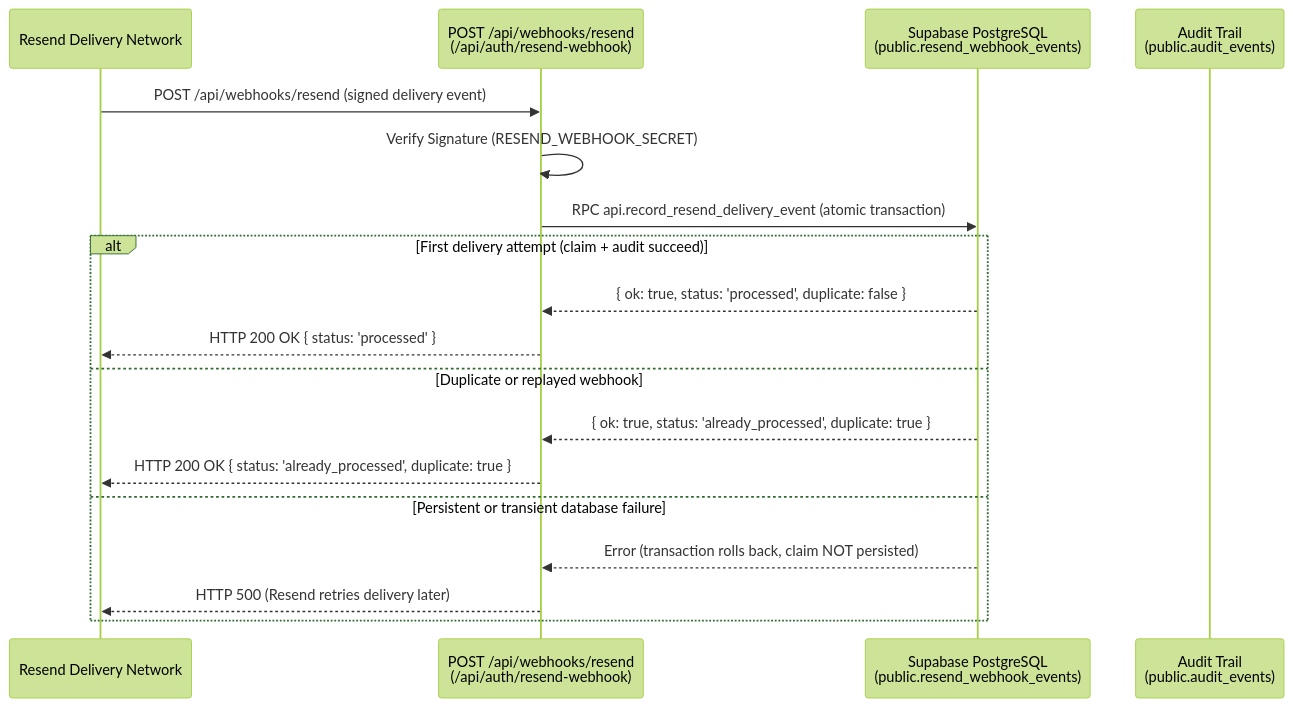
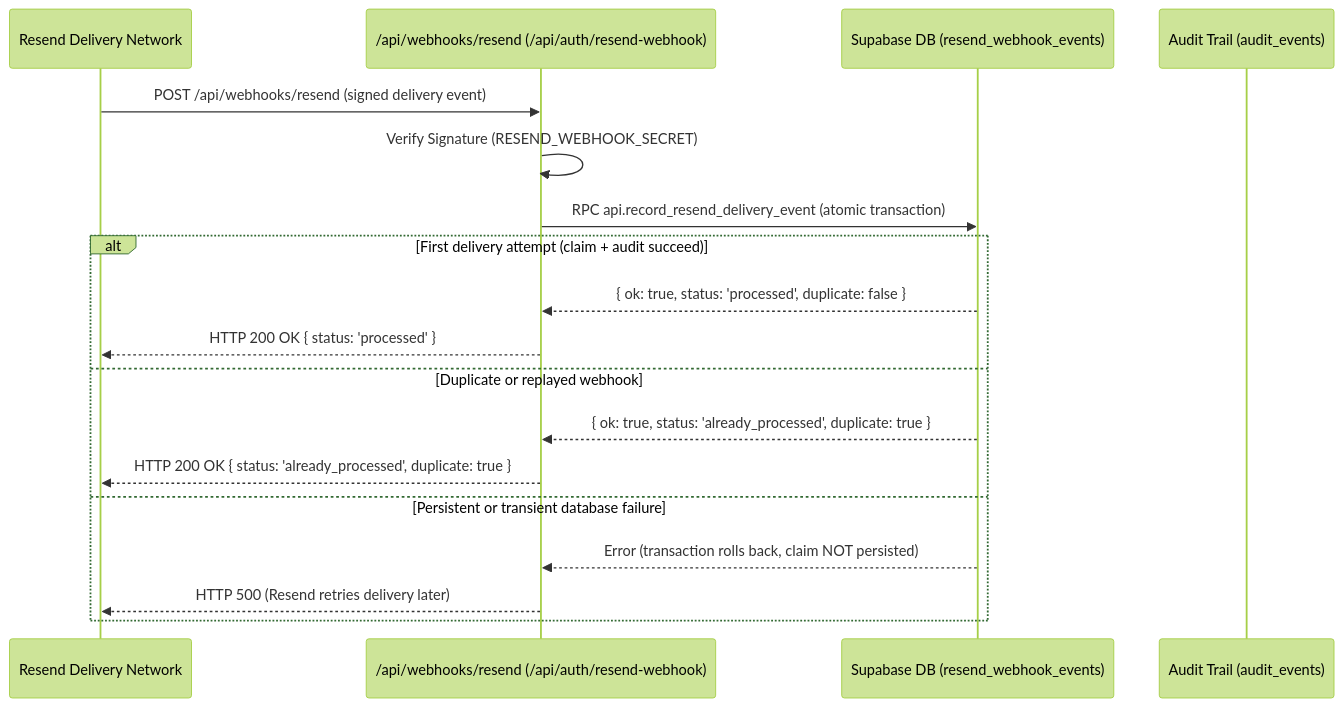
Before and after one commit to jsphhbna/egatepass: the eighth of 10 diagrams in README.md, drawn with Mermaid (forest theme). The commit also changed other lines of this file and 12 other files, not shown here.

Commit message:
docs: fix Mermaid rendering and documentation drift

````diff
--- a/README.md
+++ b/README.md
@@ -279,21 +285,21 @@
 ```mermaid
 sequenceDiagram
     participant Resend as Resend Delivery Network
-    participant API as POST /api/webhooks/resend<br/>(/api/auth/resend-webhook)
-    participant DB as Supabase PostgreSQL<br/>(public.resend_webhook_events)
-    participant Audit as Audit Trail<br/>(public.audit_events)
+    participant API as /api/webhooks/resend (/api/auth/resend-webhook)
+    participant DB as Supabase DB (resend_webhook_events)
+    participant Audit as Audit Trail (audit_events)
 
     Resend->>API: POST /api/webhooks/resend (signed delivery event)
     API->>API: Verify Signature (RESEND_WEBHOOK_SECRET)
     API->>DB: RPC api.record_resend_delivery_event (atomic transaction)
     alt First delivery attempt (claim + audit succeed)
         DB-->>API: { ok: true, status: 'processed', duplicate: false }
         API-->>Resend: HTTP 200 OK { status: 'processed' }
     else Duplicate or replayed webhook
         DB-->>API: { ok: true, status: 'already_processed', duplicate: true }
         API-->>Resend: HTTP 200 OK { status: 'already_processed', duplicate: true }
     else Persistent or transient database failure
         DB-->>API: Error (transaction rolls back, claim NOT persisted)
         API-->>Resend: HTTP 500 (Resend retries delivery later)
     end
 ```
````
